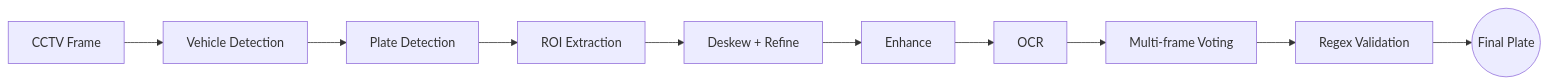
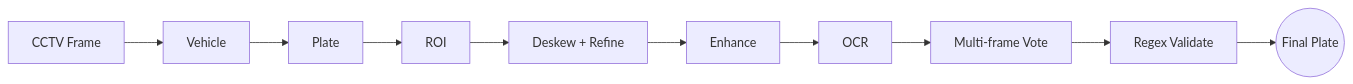
One commit to ChandraMahesh24/ChandraMahesh24 changed the first of 2 diagrams in README.md. Above: the diagram before and after it, drawn with Mermaid. The commit also changed other lines of this file, not shown here.

````diff
--- a/README.md
+++ b/README.md
@@ -91,12 +75,12 @@
 ```mermaid
 flowchart LR
-  A[CCTV Frame] --> B[Vehicle Detection]
-  B --> C[Plate Detection]
-  C --> D[ROI Extraction]
+  A[CCTV Frame] --> B[Vehicle]
+  B --> C[Plate]
+  C --> D[ROI]
   D --> E[Deskew + Refine]
   E --> F[Enhance]
   F --> G[OCR]
-  G --> H[Multi-frame Voting]
-  H --> I[Regex Validation]
+  G --> H[Multi-frame Vote]
+  H --> I[Regex Validate]
   I --> J((Final Plate))
 ```
````
